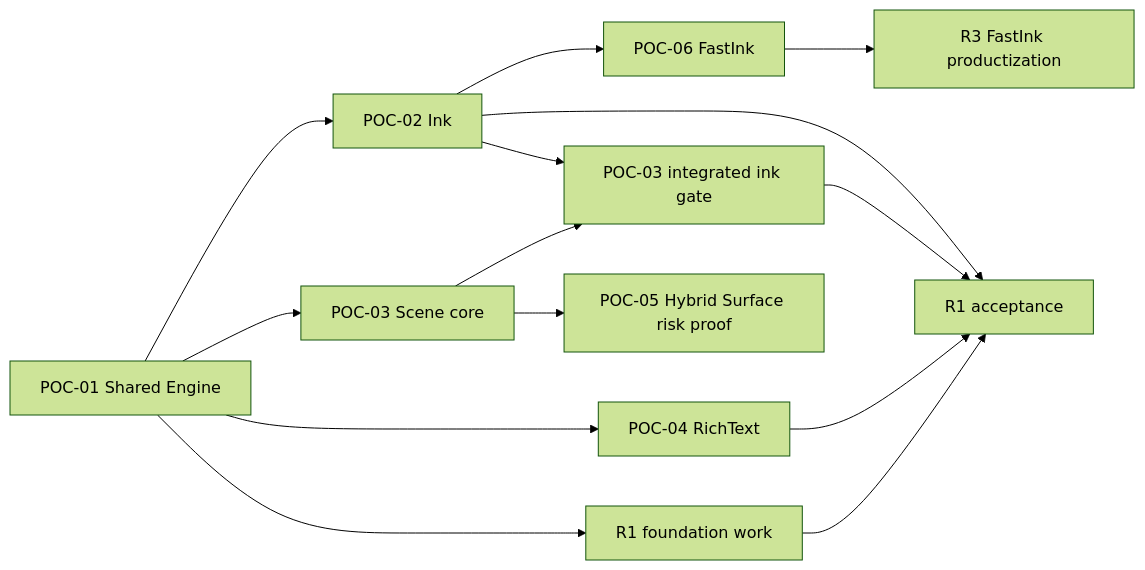
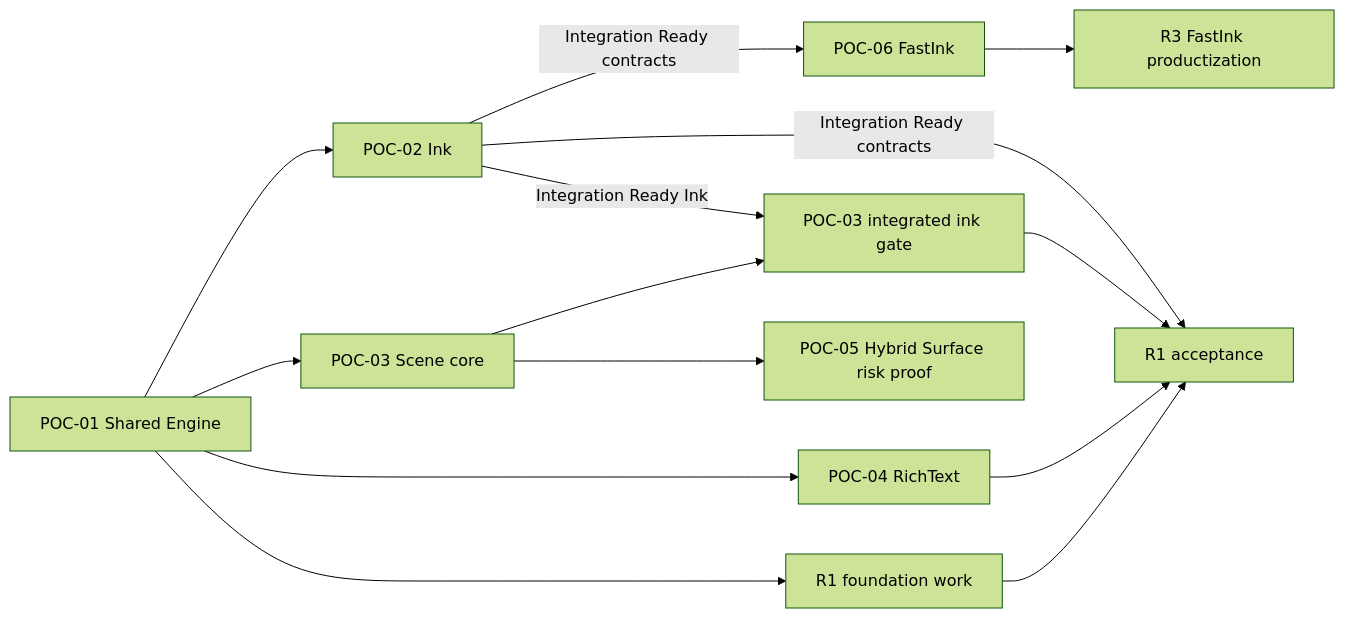
The diagram in docs/planning/STAGED_DELIVERY_PLAN.md (Mostorm-Labs/Axiom), drawn with Mermaid (forest theme) before and after one commit. The commit also changed other lines of this file and 74 other files, not shown here.

First line of the commit message:
POC-02: deterministic cross-platform Ink Engine (#13)

````diff
--- a/docs/planning/STAGED_DELIVERY_PLAN.md
+++ b/docs/planning/STAGED_DELIVERY_PLAN.md
@@ -7,16 +7,16 @@
 ```mermaid
 flowchart LR
   P1["POC-01 Shared Engine"] --> P2["POC-02 Ink"]
   P1 --> P3["POC-03 Scene core"]
   P1 --> P4["POC-04 RichText"]
-  P2 --> P6["POC-06 FastInk"]
-  P2 --> P3Gate["POC-03 integrated ink gate"]
+  P2 -->|"Integration Ready contracts"| P6["POC-06 FastInk"]
+  P2 -->|"Integration Ready Ink"| P3Gate["POC-03 integrated ink gate"]
   P3 --> P3Gate
   P3 --> P5["POC-05 Hybrid Surface risk proof"]
   P1 --> R1["R1 foundation work"]
-  P2 --> R1Accept["R1 acceptance"]
+  P2 -->|"Integration Ready contracts"| R1Accept["R1 acceptance"]
   P3Gate --> R1Accept
   P4 --> R1Accept
   R1 --> R1Accept
   P6 --> R3Fast["R3 FastInk productization"]
 ```
````
